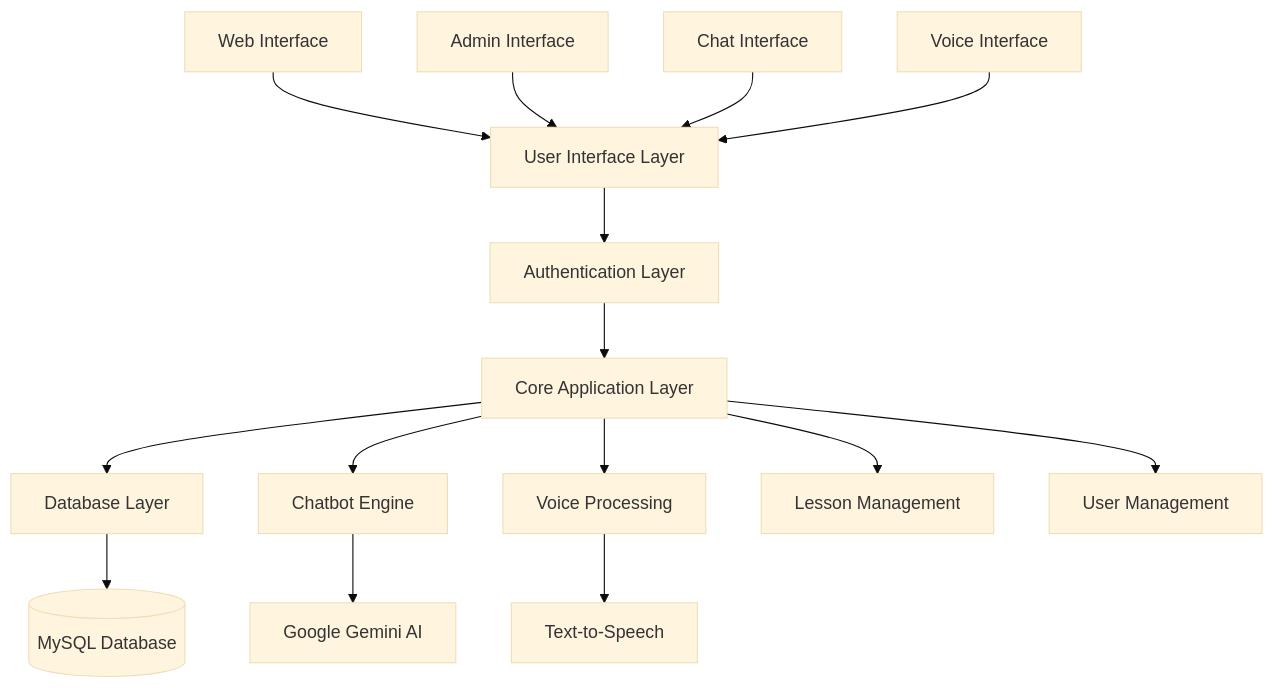
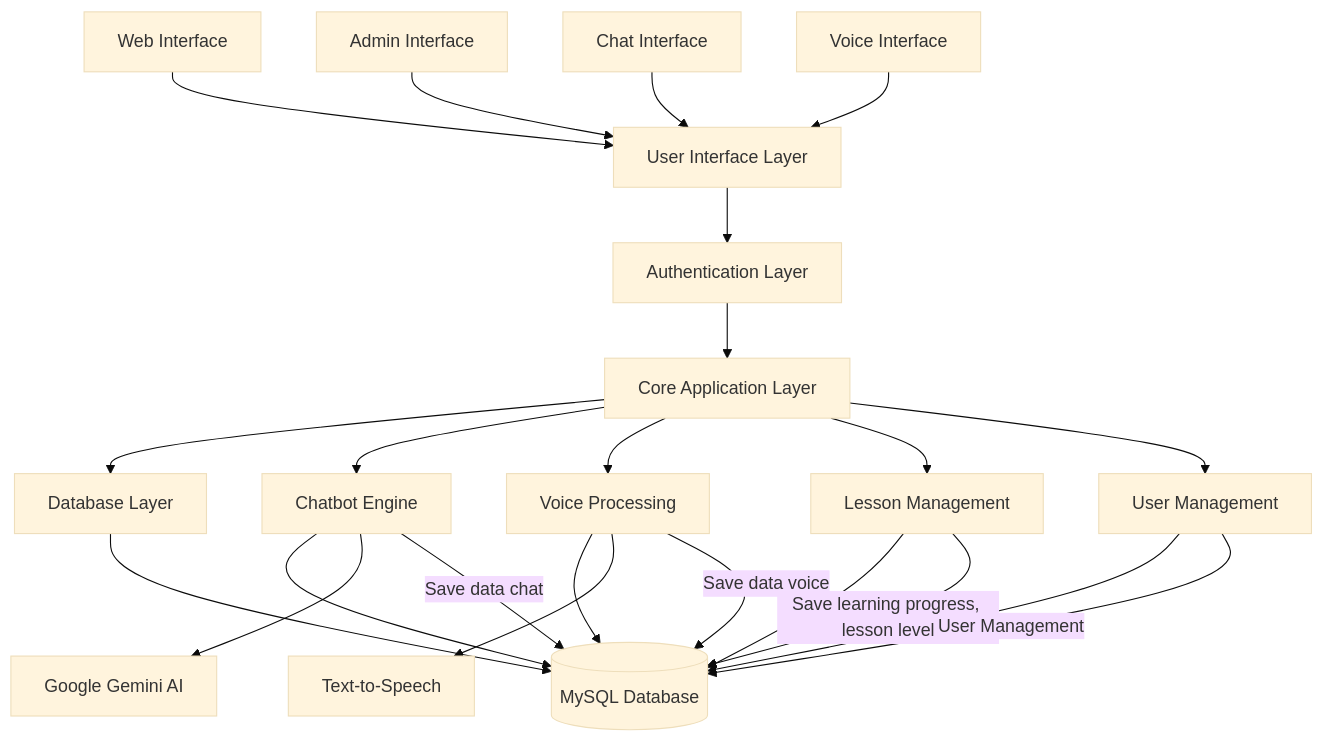
The first of 10 diagrams in README.md (BaoHan1712/Chatbot_teach_English), drawn with Mermaid (base theme) before and after one commit.

````diff
--- a/README.md
+++ b/README.md
@@ -12,25 +12,35 @@
 ```mermaid
 graph TD
     A[User Interface Layer] --> B[Authentication Layer]
     B --> C[Core Application Layer]
     C --> D[Database Layer]
 
     %% User Interface Components
     A1[Web Interface] --> A
     A2[Admin Interface] --> A
     A3[Chat Interface] --> A
     A4[Voice Interface] --> A
 
     %% Core Application Components
     C --> C1[Chatbot Engine]
     C --> C2[Voice Processing]
     C --> C3[Lesson Management]
     C --> C4[User Management]
 
     %% Database Interactions
     D --> D1[(MySQL Database)]
+    C1 --> D1
+    C2 --> D1
+    C3 --> D1
+    C4 --> D1
 
     %% External Services
     C1 --> E1[Google Gemini AI]
     C2 --> E2[Text-to-Speech]
+
+    %% Data Flow Connections
+    C1 --> |Save data chat| D1
+    C2 --> |Save data voice| D1
+    C3 --> |Save learning progress, lesson level| D1
+    C4 --> |User Management| D1
 ```
````
